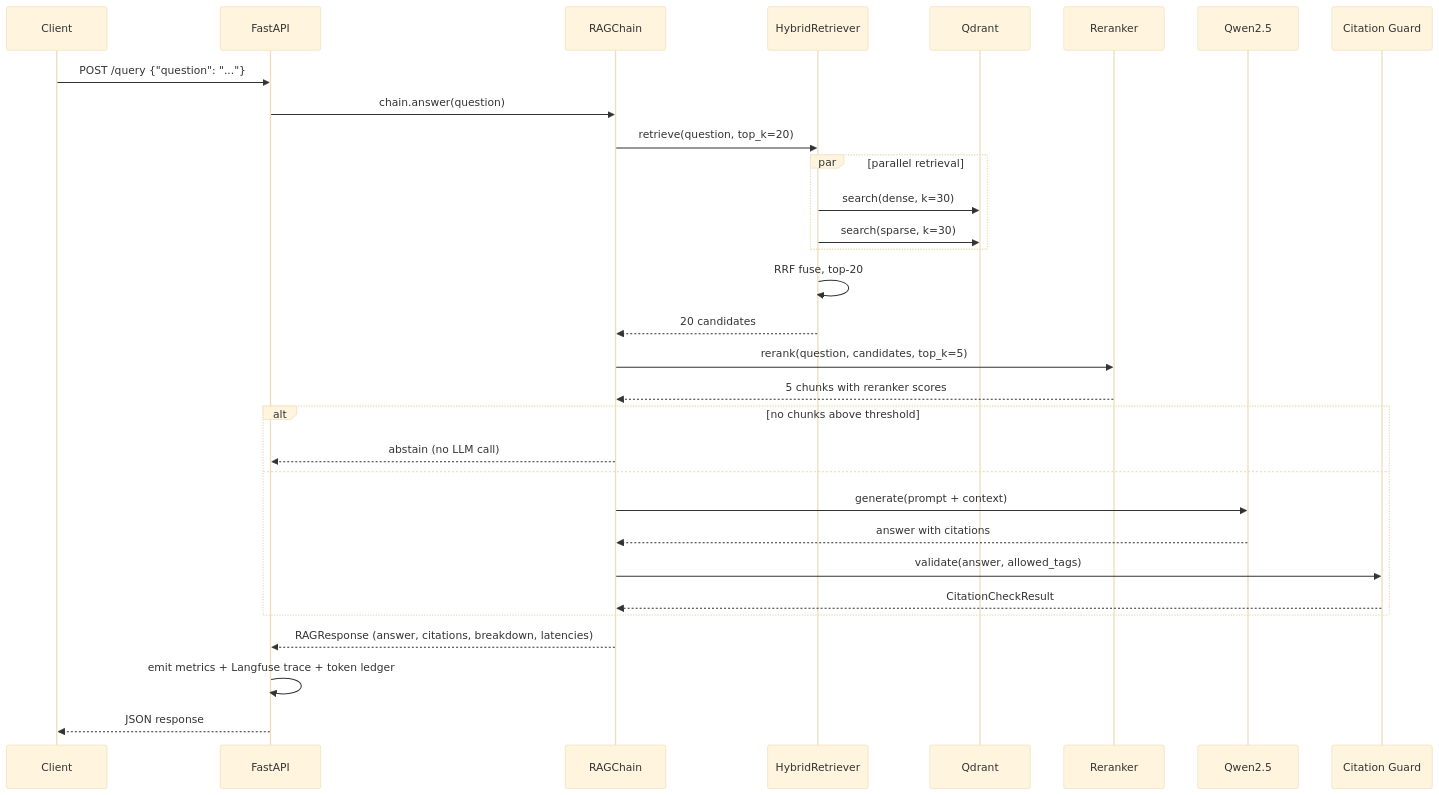
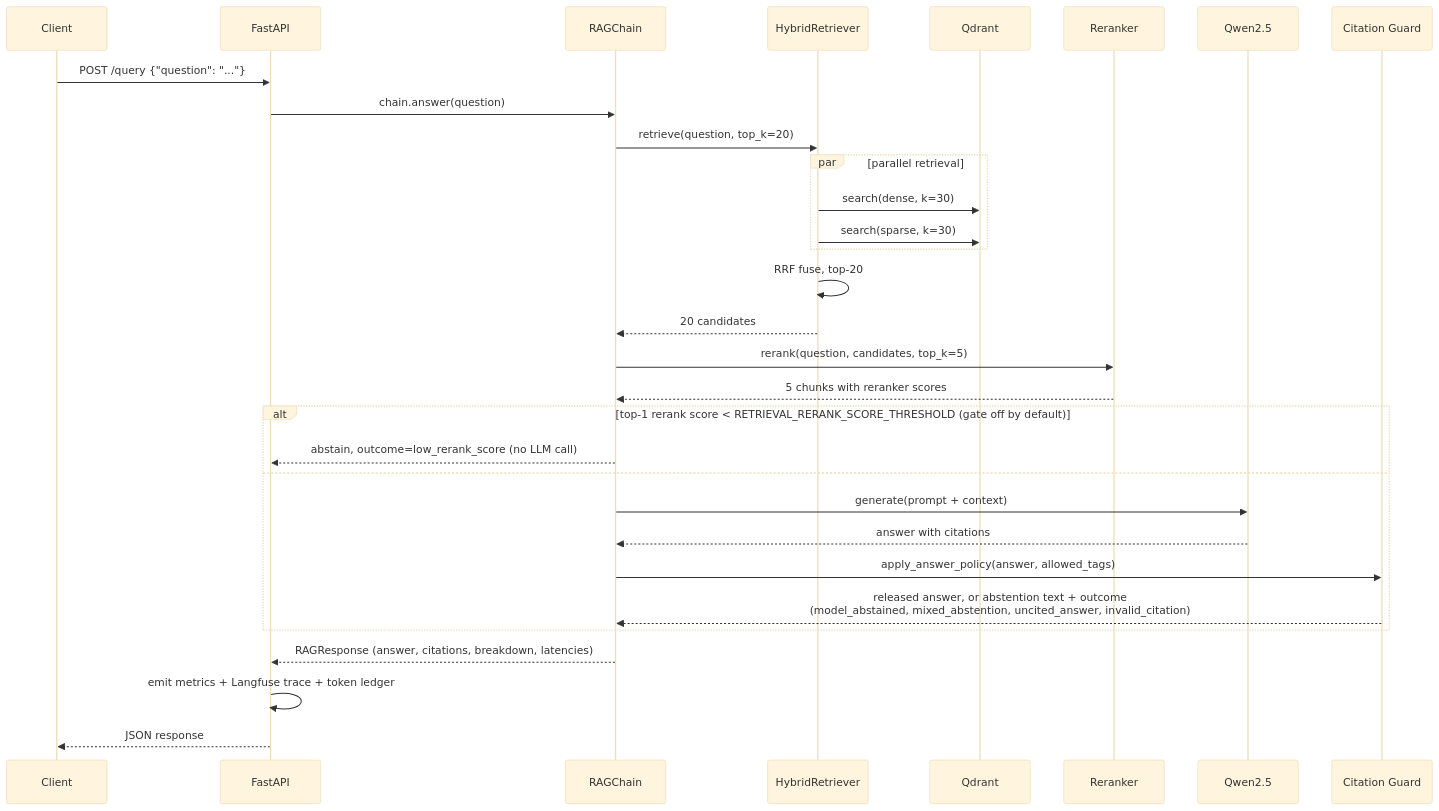
The second of 4 diagrams in docs/architecture.md (baranozgurtas/scholar-rag), drawn with Mermaid (base theme) before and after one commit. The commit also changed other lines of this file and 46 other files, not shown here.

First line of the commit message:
Enforce citation policy, split retrieval/generation eval, correct README claims

````diff
--- a/docs/architecture.md
+++ b/docs/architecture.md
@@ -37,34 +37,34 @@
 ```mermaid
 sequenceDiagram
     participant U as Client
     participant A as FastAPI
     participant R as RAGChain
     participant H as HybridRetriever
     participant Q as Qdrant
     participant X as Reranker
     participant L as Qwen2.5
     participant G as Citation Guard
 
     U->>A: POST /query {"question": "..."}
     A->>R: chain.answer(question)
     R->>H: retrieve(question, top_k=20)
     par parallel retrieval
         H->>Q: search(dense, k=30)
         H->>Q: search(sparse, k=30)
     end
     H->>H: RRF fuse, top-20
     H-->>R: 20 candidates
     R->>X: rerank(question, candidates, top_k=5)
     X-->>R: 5 chunks with reranker scores
-    alt no chunks above threshold
-        R-->>A: abstain (no LLM call)
+    alt top-1 rerank score < RETRIEVAL_RERANK_SCORE_THRESHOLD (gate off by default)
+        R-->>A: abstain, outcome=low_rerank_score (no LLM call)
     else
         R->>L: generate(prompt + context)
         L-->>R: answer with citations
-        R->>G: validate(answer, allowed_tags)
-        G-->>R: CitationCheckResult
+        R->>G: apply_answer_policy(answer, allowed_tags)
+        G-->>R: released answer, or abstention text + outcome<br/>(model_abstained, mixed_abstention, uncited_answer, invalid_citation)
     end
     R-->>A: RAGResponse (answer, citations, breakdown, latencies)
     A->>A: emit metrics + Langfuse trace + token ledger
     A-->>U: JSON response
 ```
````
